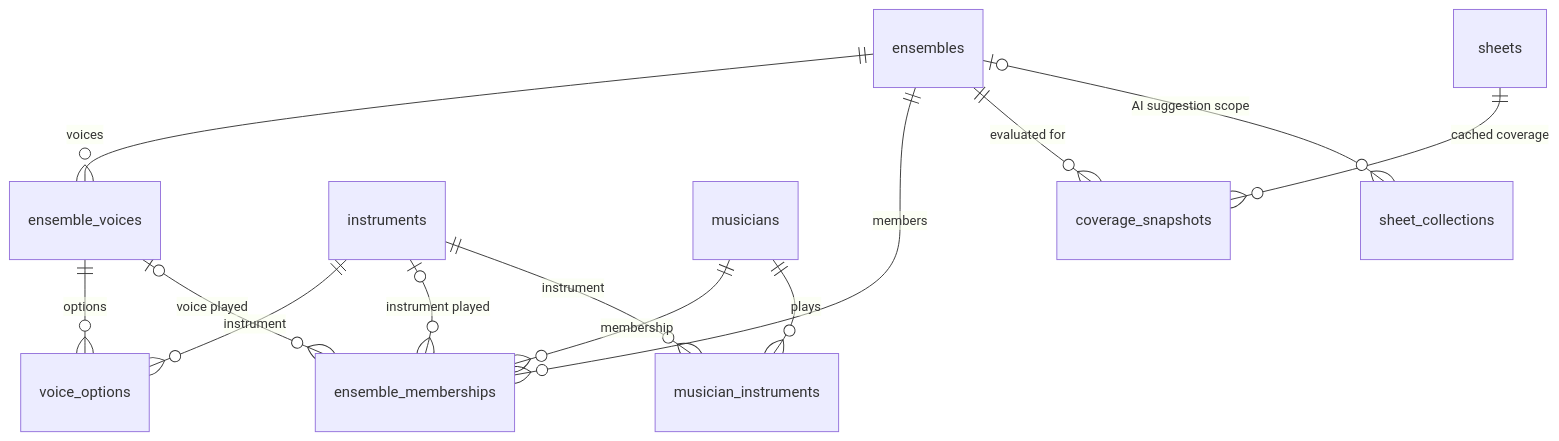
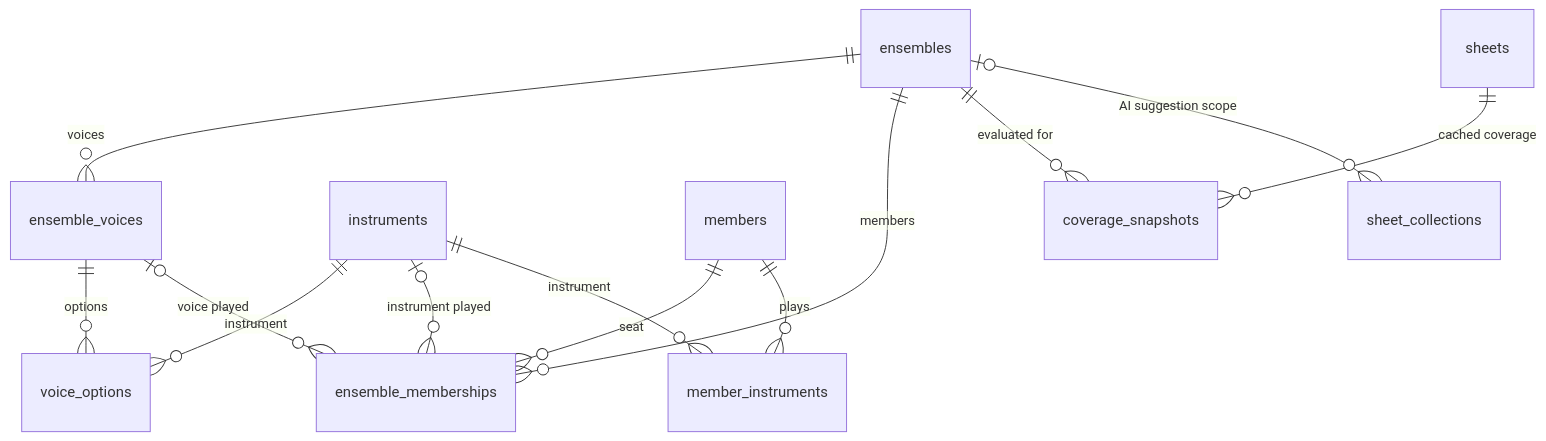
The second of 2 diagrams in docs/architecture/data-model.md (fhm84/sam), drawn with Mermaid before and after one commit. The commit also changed other lines of this file and 174 other files, not shown here.

````diff
--- a/docs/architecture/data-model.md
+++ b/docs/architecture/data-model.md
@@ -29,15 +30,15 @@
 ```mermaid
 erDiagram
     ensembles ||--o{ ensemble_voices : "voices"
     ensemble_voices ||--o{ voice_options : "options"
     instruments ||--o{ voice_options : "instrument"
     ensembles ||--o{ ensemble_memberships : "members"
-    musicians ||--o{ ensemble_memberships : "membership"
+    members ||--o{ ensemble_memberships : "seat"
     ensemble_voices |o--o{ ensemble_memberships : "voice played"
     instruments |o--o{ ensemble_memberships : "instrument played"
-    musicians ||--o{ musician_instruments : "plays"
-    instruments ||--o{ musician_instruments : "instrument"
+    members ||--o{ member_instruments : "plays"
+    instruments ||--o{ member_instruments : "instrument"
     ensembles ||--o{ coverage_snapshots : "evaluated for"
     sheets ||--o{ coverage_snapshots : "cached coverage"
     ensembles |o--o{ sheet_collections : "AI suggestion scope"
 ```
````
